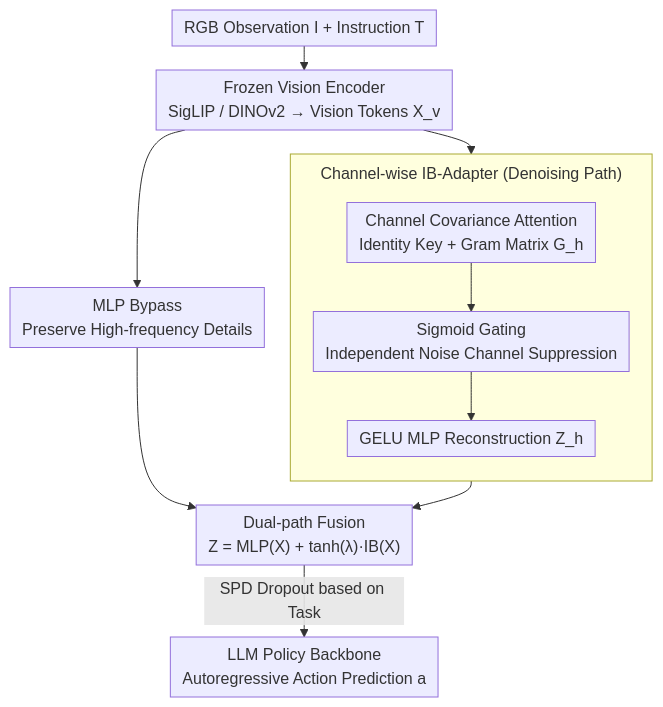
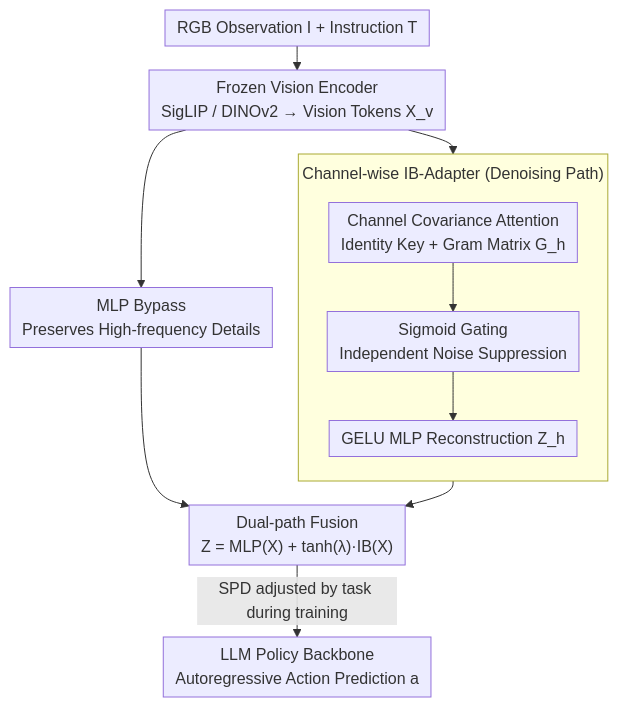
Before and after one commit to zhaoyang97/Paper-Notes-en: the diagram in docs/ICML2026/robotics/stablevla_towards_robust_vision-language-action_models_without_extra_data.md, drawn with Mermaid. The commit also changed other lines of this file and 5084 other files, not shown here.

````diff
--- a/docs/ICML2026/robotics/stablevla_towards_robust_vision-language-action_models_without_extra_data.md
+++ b/docs/ICML2026/robotics/stablevla_towards_robust_vision-language-action_models_without_extra_data.md
@@ -44,15 +44,16 @@
 ```mermaid
 %%{init: {'flowchart': {'rankSpacing': 24, 'nodeSpacing': 26, 'padding': 6, 'wrappingWidth': 400, 'subGraphTitleMargin': {'top': 8, 'bottom': 16}}}}%%
 flowchart TD
     A["RGB Observation I + Instruction T"] --> B["Frozen Vision Encoder<br/>SigLIP / DINOv2 → Vision Tokens X_v"]
-    B --> D["MLP Bypass<br/>Preserve High-frequency Details"]
+    B --> D["MLP Bypass<br/>Preserves High-frequency Details"]
     B --> IB
     subgraph IB["Channel-wise IB-Adapter (Denoising Path)"]
         direction TB
-        E["Channel Covariance Attention<br/>Identity Key + Gram Matrix G_h"] --> F["Sigmoid Gating<br/>Independent Noise Channel Suppression"]
-        F --> G["GELU MLP Reconstruction Z_h"]
+        E["Channel Covariance Attention<br/>Identity Key + Gram Matrix G_h"] --> F["Sigmoid Gating<br/>Independent Noise Suppression"]
+        G["GELU MLP Reconstruction Z_h"]
+        F --> G
     end
     D --> H["Dual-path Fusion<br/>Z = MLP(X) + tanh(λ)·IB(X)"]
     IB --> H
-    H -->|"SPD Dropout based on Task"| I["LLM Policy Backbone<br/>Autoregressive Action Prediction a"]
+    H -->|"SPD adjusted by task during training"| I["LLM Policy Backbone<br/>Autoregressive Action Prediction a"]
 ```
````
